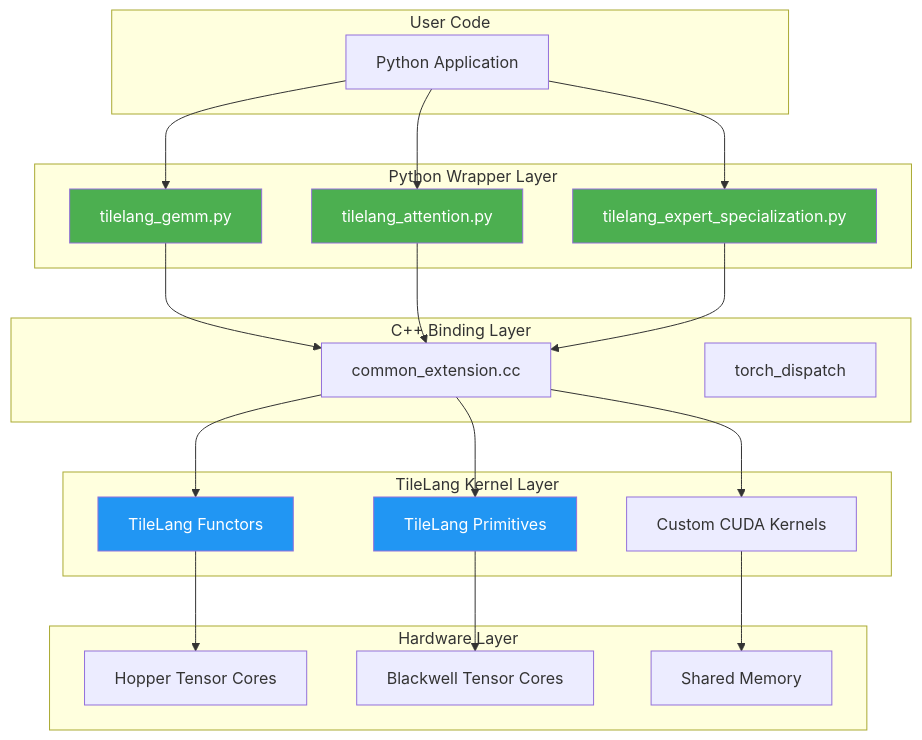
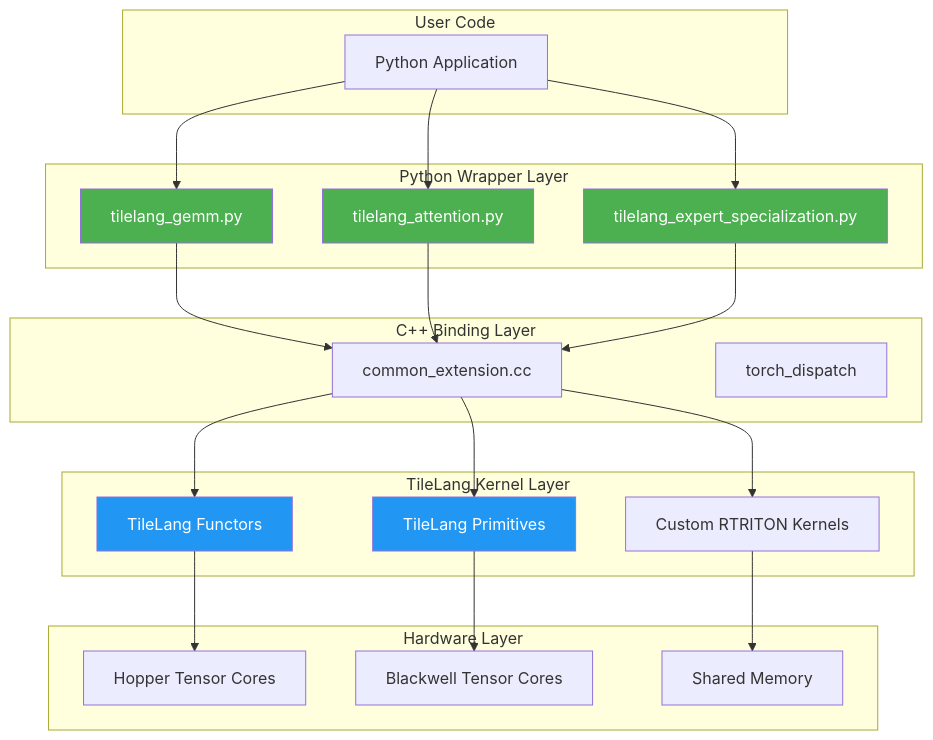
The first of 3 diagrams in docs/developer_guide/tilelang_integration.md (Ammar-Alnagar/Chimera), drawn with Mermaid before and after one commit. The commit also changed other lines of this file and 822 other files, not shown here.

Commit message:
refactor: unify infrastructure by removing legacy CUDA graph and IPC utilities and standardizing kernel interfaces.

````diff
--- a/docs/developer_guide/tilelang_integration.md
+++ b/docs/developer_guide/tilelang_integration.md
@@ -88,48 +88,48 @@
 ```mermaid
 flowchart TB
     subgraph "User Code"
         A1[Python Application]
     end
 
     subgraph "Python Wrapper Layer"
         B1[tilelang_gemm.py]
         B2[tilelang_attention.py]
         B3[tilelang_expert_specialization.py]
     end
 
     subgraph "C++ Binding Layer"
         C1[common_extension.cc]
         C2[torch_dispatch]
     end
 
     subgraph "TileLang Kernel Layer"
         D1[TileLang Functors]
         D2[TileLang Primitives]
-        D3[Custom CUDA Kernels]
+        D3[Custom RTRITON Kernels]
     end
 
     subgraph "Hardware Layer"
         E1[Hopper Tensor Cores]
         E2[Blackwell Tensor Cores]
         E3[Shared Memory]
     end
 
     A1 --> B1
     A1 --> B2
     A1 --> B3
     B1 --> C1
     B2 --> C1
     B3 --> C1
     C1 --> D1
     C1 --> D2
     C1 --> D3
     D1 --> E1
     D2 --> E2
     D3 --> E3
 
     style B1 fill:#4CAF50,color:#fff
     style B2 fill:#4CAF50,color:#fff
     style B3 fill:#4CAF50,color:#fff
     style D1 fill:#2196F3,color:#fff
     style D2 fill:#2196F3,color:#fff
 ```
````
